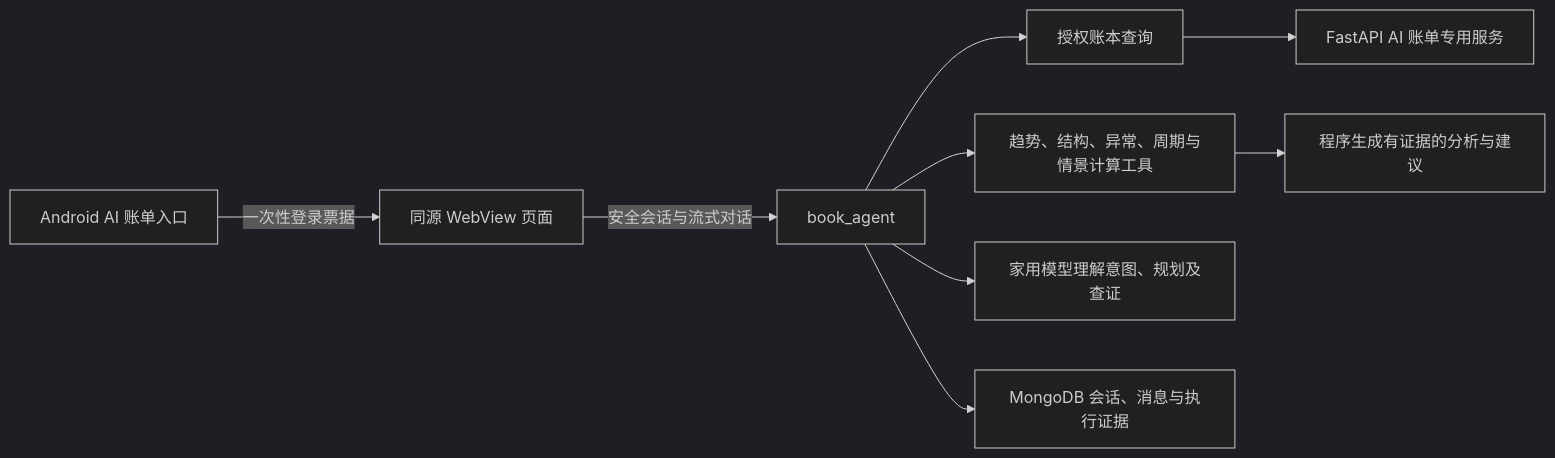
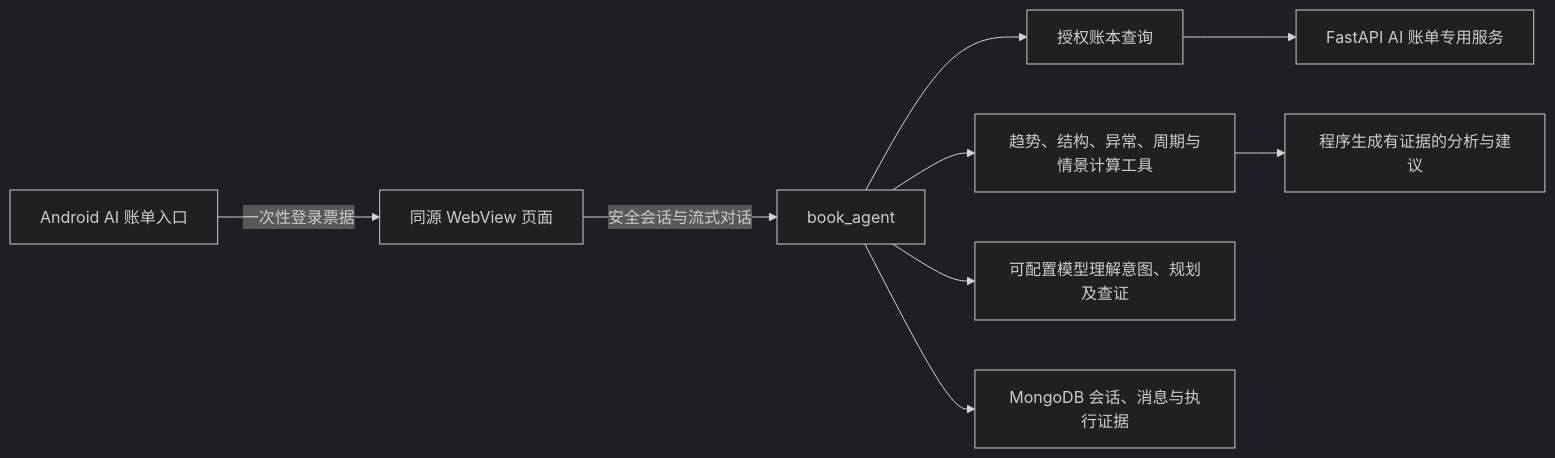
The first of 2 diagrams in Readme.md (FuShengDuoBuYu/AutoBookKeepingBeta), drawn with Mermaid (dark theme) before and after one commit. The commit also changed other lines of this file, not shown here.

````diff
--- a/Readme.md
+++ b/Readme.md
@@ -79,11 +79,11 @@
 ```mermaid
 flowchart LR
     A[Android AI 账单入口] -->|一次性登录票据| B[同源 WebView 页面]
     B -->|安全会话与流式对话| C[book_agent]
     C --> D[授权账本查询]
     D --> E[FastAPI AI 账单专用服务]
     C --> F[趋势、结构、异常、周期与情景计算工具]
     F --> G[程序生成有证据的分析与建议]
-    C --> I[家用模型理解意图、规划及查证]
+    C --> I[可配置模型理解意图、规划及查证]
     C --> H[MongoDB 会话、消息与执行证据]
 ```
````
